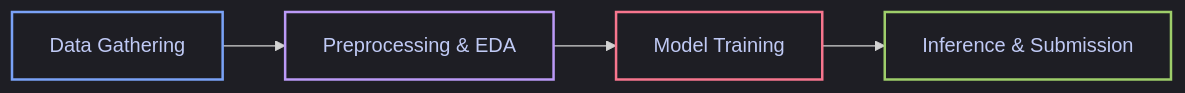
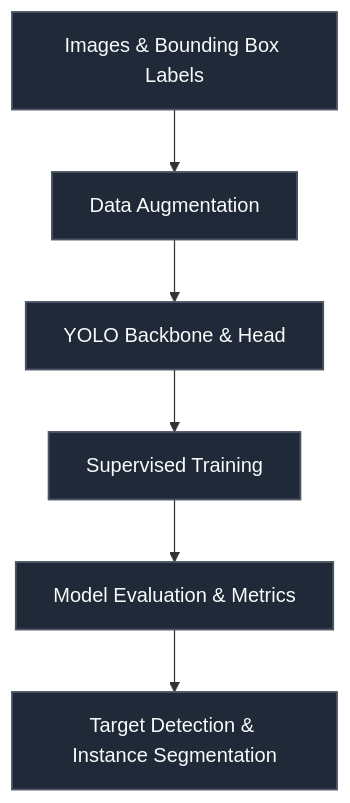
The diagram in README.md (RAFIRE-ESSE/Small-Lifeform-Detection-Agent), drawn with Mermaid before and after one commit. The commit also changed other lines of this file, not shown here.

````diff
--- a/README.md
+++ b/README.md
@@ -19,11 +25,14 @@
 ```mermaid
-%%{init: {'theme': 'dark', 'themeVariables': { 'background': '#0f0f12', 'primaryColor': '#1a1b26', 'edgeLabelBackground':'#11111b', 'tertiaryColor': '#1a1b26'}}}%%
-flowchart LR
-    A[Data Gathering] --> B[Preprocessing & EDA]
-    B --> C[Model Training]
-    C --> D[Inference & Submission]
-    style A fill:#1e1e24,stroke:#7aa2f7,stroke-width:2px,color:#c0caf5
-    style B fill:#1e1e24,stroke:#bb9af7,stroke-width:2px,color:#c0caf5
-    style C fill:#1e1e24,stroke:#f7768e,stroke-width:2px,color:#c0caf5
-    style D fill:#1e1e24,stroke:#9ece6a,stroke-width:2px,color:#c0caf5
+flowchart TD
+    Dataset[Images & Bounding Box Labels] --> Aug[Data Augmentation]
+    Aug --> YOLO[YOLO Backbone & Head]
+    YOLO --> Train[Supervised Training]
+    Train --> Eval[Model Evaluation & Metrics]
+    Eval --> Pred[Target Detection & Instance Segmentation]
+    style Dataset fill:#1f2937,stroke:#4b5563,stroke-width:1.5px,color:#f9fafb
+    style Aug fill:#1f2937,stroke:#4b5563,stroke-width:1.5px,color:#f9fafb
+    style YOLO fill:#1f2937,stroke:#4b5563,stroke-width:1.5px,color:#f9fafb
+    style Train fill:#1f2937,stroke:#4b5563,stroke-width:1.5px,color:#f9fafb
+    style Eval fill:#1f2937,stroke:#4b5563,stroke-width:1.5px,color:#f9fafb
+    style Pred fill:#1f2937,stroke:#4b5563,stroke-width:1.5px,color:#f9fafb
 ```
````
